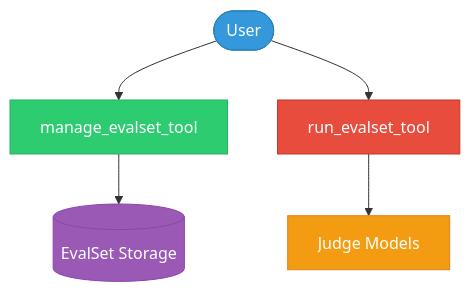
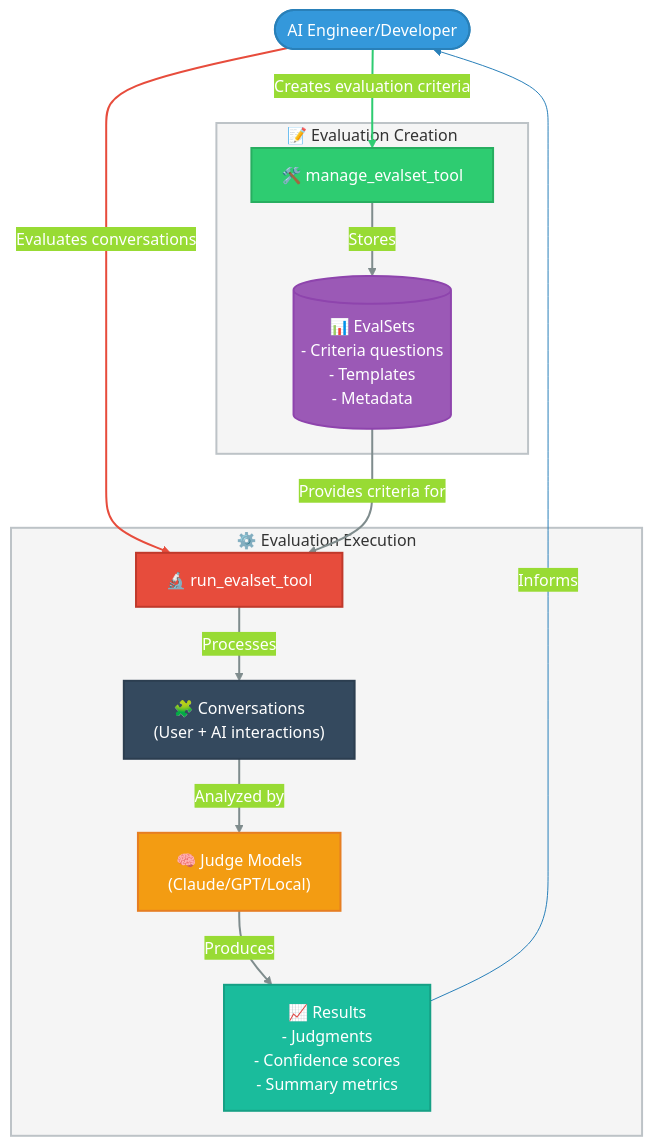
Before and after one commit to ericflo/agentoptim: the first of 2 diagrams in README.md, drawn with Mermaid. The commit also changed other lines of this file, not shown here.

````diff
--- a/README.md
+++ b/README.md
@@ -38,19 +47,44 @@
 ```mermaid
-graph TD
-    User([User]) --> A[manage_evalset_tool]
-    User --> B[run_evalset_tool]
-    A --> C[(EvalSet Storage)]
-    B --> D[Judge Models]
+%%{init: {'theme': 'base', 'themeVariables': { 'primaryColor': '#3498db', 'primaryTextColor': '#fff', 'lineColor': '#2980b9', 'tertiaryColor': '#f5f5f5'}}}%%
+flowchart TD
+    User([AI Engineer/Developer]) --> |Creates evaluation criteria| A["🛠️ manage_evalset_tool"]
+    User --> |Evaluates conversations| B["🔬 run_evalset_tool"]
     
-    classDef primary fill:#3498db,stroke:#2980b9,color:white;
-    classDef tool1 fill:#2ecc71,stroke:#27ae60,color:white;
-    classDef tool2 fill:#e74c3c,stroke:#c0392b,color:white;
-    classDef storage fill:#9b59b6,stroke:#8e44ad,color:white;
-    classDef model fill:#f39c12,stroke:#e67e22,color:white;
+    subgraph Creation ["📝 Evaluation Creation"]
+        A --> |Stores| C[("📊 EvalSets\n- Criteria questions\n- Templates\n- Metadata")]
+    end
+    
+    subgraph Execution ["⚙️ Evaluation Execution"]
+        B --> |Processes| E["🧩 Conversations\n(User + AI interactions)"]
+        E --> |Analyzed by| D["🧠 Judge Models\n(Claude/GPT/Local)"]
+        D --> |Produces| F["📈 Results\n- Judgments\n- Confidence scores\n- Summary metrics"]
+    end
+    
+    C --> |Provides criteria for| B
+    F --> |Informs| User
+    
+    classDef primary fill:#3498db,stroke:#2980b9,color:white,stroke-width:2px;
+    classDef tool1 fill:#2ecc71,stroke:#27ae60,color:white,stroke-width:2px;
+    classDef tool2 fill:#e74c3c,stroke:#c0392b,color:white,stroke-width:2px;
+    classDef storage fill:#9b59b6,stroke:#8e44ad,color:white,stroke-width:2px;
+    classDef model fill:#f39c12,stroke:#e67e22,color:white,stroke-width:2px;
+    classDef result fill:#1abc9c,stroke:#16a085,color:white,stroke-width:2px;
+    classDef conversation fill:#34495e,stroke:#2c3e50,color:white,stroke-width:2px;
+    classDef creation fill:#f5f5f5,stroke:#bdc3c7,color:#333,stroke-width:2px;
+    classDef execution fill:#f5f5f5,stroke:#bdc3c7,color:#333,stroke-width:2px;
     
     class User primary;
     class A tool1;
     class B tool2;
     class C storage;
     class D model;
+    class F result;
+    class E conversation;
+    class Creation creation;
+    class Execution execution;
+
+    %% Add tooltip descriptions
+    linkStyle 0 stroke:#2ecc71,stroke-width:2px;
+    linkStyle 1 stroke:#e74c3c,stroke-width:2px;
+    linkStyle 2,3,4,5,6 stroke:#7f8c8d,stroke-width:2px;
 ```
````
